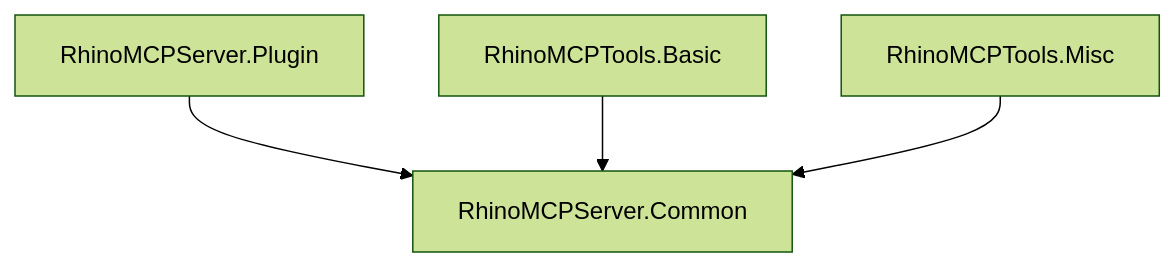
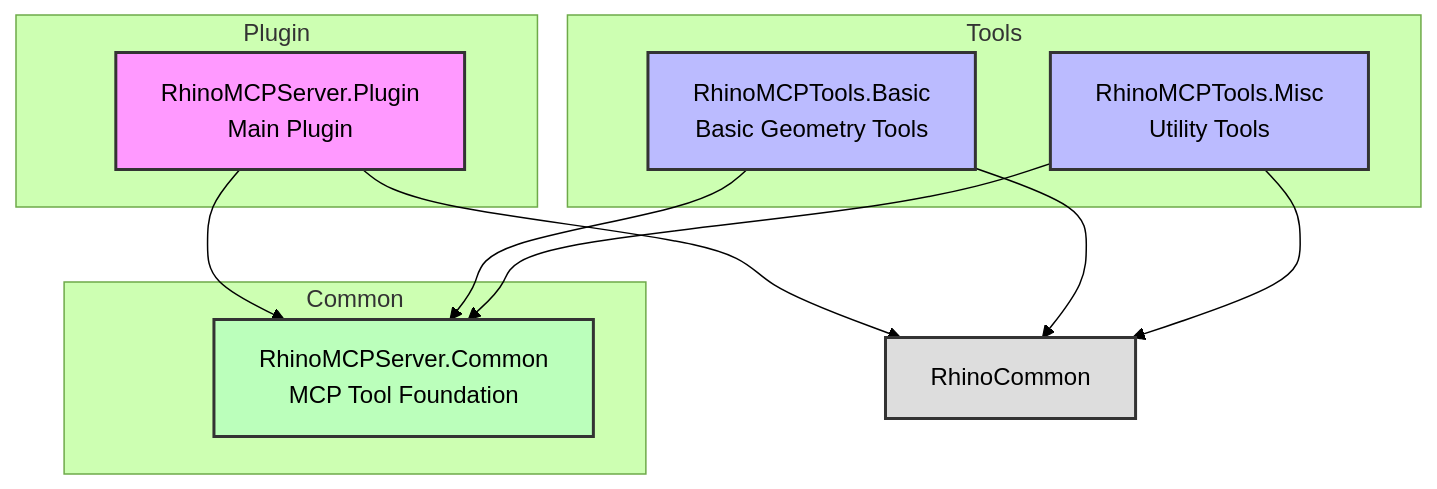
One commit to 4kk11/RhinoMCPServer changed the diagram in README.md. Above: the diagram before and after it, drawn with Mermaid (forest theme). The commit also changed 1 other file, not shown here.

Commit message:
Update: README

````diff
--- a/README.md
+++ b/README.md
@@ -18,6 +18,34 @@
 ```mermaid
-graph TD
-    A[RhinoMCPServer.Plugin] --> B[RhinoMCPServer.Common]
-    C[RhinoMCPTools.Basic] --> B
-    D[RhinoMCPTools.Misc] --> B
+graph TB
+    subgraph Plugin
+        A[RhinoMCPServer.Plugin<br>Main Plugin]
+    end
+
+    subgraph Common
+        B[RhinoMCPServer.Common<br>MCP Tool Foundation]
+    end
+
+    subgraph Tools
+        C[RhinoMCPTools.Basic<br>Basic Geometry Tools]
+        D[RhinoMCPTools.Misc<br>Utility Tools]
+    end
+
+    R[RhinoCommon]
+
+    A --> B
+    C --> B
+    D --> B
+    A --> R
+    C --> R
+    D --> R
+
+    classDef plugin fill:#f9f,stroke:#333,stroke-width:2px;
+    classDef common fill:#bfb,stroke:#333,stroke-width:2px;
+    classDef tools fill:#bbf,stroke:#333,stroke-width:2px;
+    classDef rhino fill:#ddd,stroke:#333,stroke-width:2px;
+
+    class A plugin;
+    class B common;
+    class C,D tools;
+    class R rhino;
 ```
````
